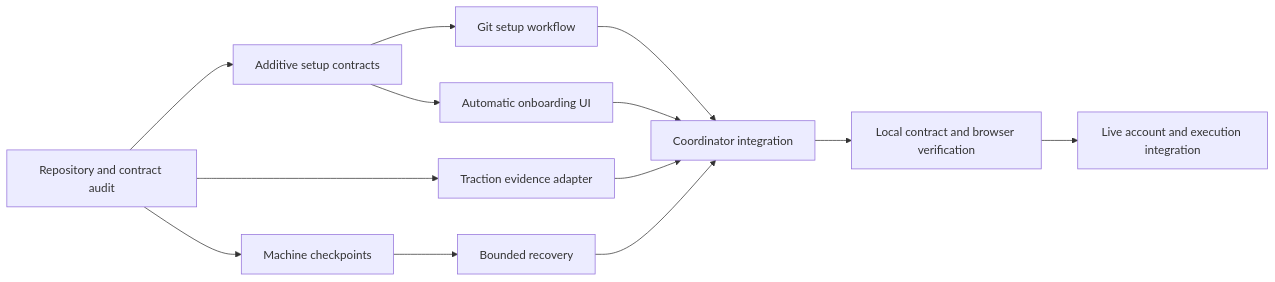
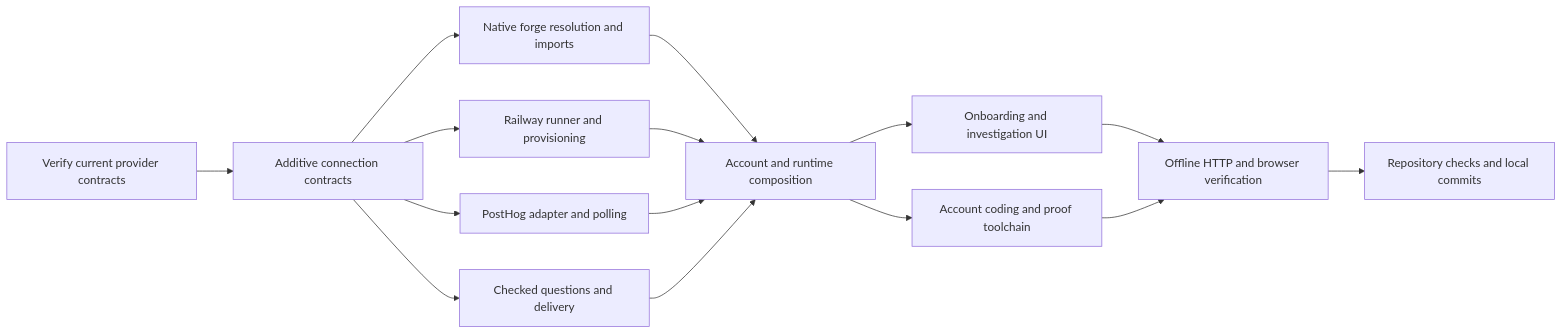
Before and after one commit to Diogenesoftoronto/ephyra: the diagram in design/07-self-driving-setup.md, drawn with Mermaid. The commit also changed other lines of this file and 4 other files, not shown here.

First line of the commit message:
build: package native repository tooling and document autonomous setup

````diff
--- a/design/07-self-driving-setup.md
+++ b/design/07-self-driving-setup.md
@@ -56,15 +59,17 @@
 ```mermaid
 flowchart LR
-  A[Repository and contract audit] --> B[Additive setup contracts]
-  B --> C[Git setup workflow]
-  B --> D[Automatic onboarding UI]
-  A --> E[Machine checkpoints]
-  A --> F[Traction evidence adapter]
-  E --> G[Bounded recovery]
-  C --> H[Coordinator integration]
-  D --> H
-  F --> H
-  G --> H
-  H --> I[Local contract and browser verification]
-  I --> J[Live account and execution integration]
+  A[Verify current provider contracts] --> B[Additive connection contracts]
+  B --> C[Native forge resolution and imports]
+  B --> D[Railway runner and provisioning]
+  B --> E[PostHog adapter and polling]
+  B --> F[Checked questions and delivery]
+  C --> G[Account and runtime composition]
+  D --> G
+  E --> G
+  F --> G
+  G --> H[Onboarding and investigation UI]
+  G --> I[Account coding and proof toolchain]
+  H --> J[Offline HTTP and browser verification]
+  I --> J
+  J --> K[Repository checks and local commits]
 ```
````
